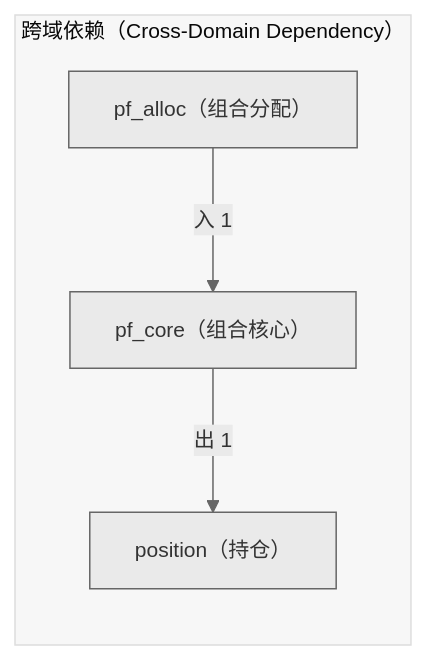
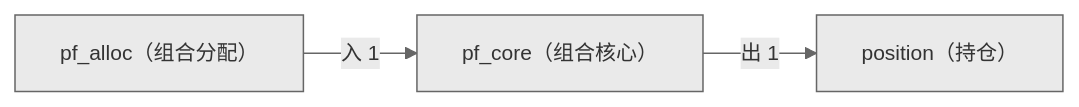
Before and after one commit to xuanFelixVan/ZephyrAlpha: the second of 2 diagrams in docs/02_enterprise_architecture/06_decision_architecture/17_decision_l3_pf_core.md, drawn with Mermaid. The commit also changed other lines of this file and 23 other files, not shown here.

First line of the commit message:
fix(decision-diagram): 去掉 subgraph + 加 secondaryColor 修复节点白色

````diff
--- a/docs/02_enterprise_architecture/06_decision_architecture/17_decision_l3_pf_core.md
+++ b/docs/02_enterprise_architecture/06_decision_architecture/17_decision_l3_pf_core.md
@@ -125,11 +125,9 @@
 ```mermaid
-%%{init: {'theme': 'base', 'themeVariables': {'primaryColor': '#eaeaea', 'primaryTextColor': '#333333', 'primaryBorderColor': '#666666', 'lineColor': '#666666', 'fontSize': '14px'}}}%%
+%%{init: {'theme': 'base', 'themeVariables': {'primaryColor': '#eaeaea', 'primaryTextColor': '#333333', 'primaryBorderColor': '#666666', 'lineColor': '#666666', 'secondaryColor': '#eaeaea', 'tertiaryColor': '#eaeaea', 'fontSize': '14px'}}}%%
 flowchart LR
-    subgraph cd_sg["跨域依赖（Cross-Domain Dependency）"]
-        SELF["pf_core（组合核心）"]
-        EXT_position["position（持仓）"]
-        SELF -->|出 1| EXT_position
-        EXT_pf_alloc["pf_alloc（组合分配）"]
-        EXT_pf_alloc -->|入 1| SELF
-    end
+    SELF["pf_core（组合核心）"]
+    EXT_position["position（持仓）"]
+    SELF -->|出 1| EXT_position
+    EXT_pf_alloc["pf_alloc（组合分配）"]
+    EXT_pf_alloc -->|入 1| SELF
 ```
````
